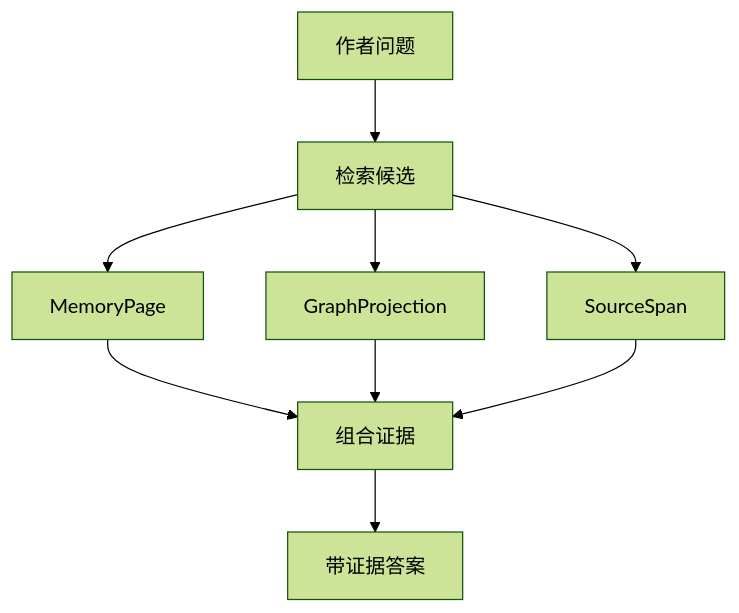
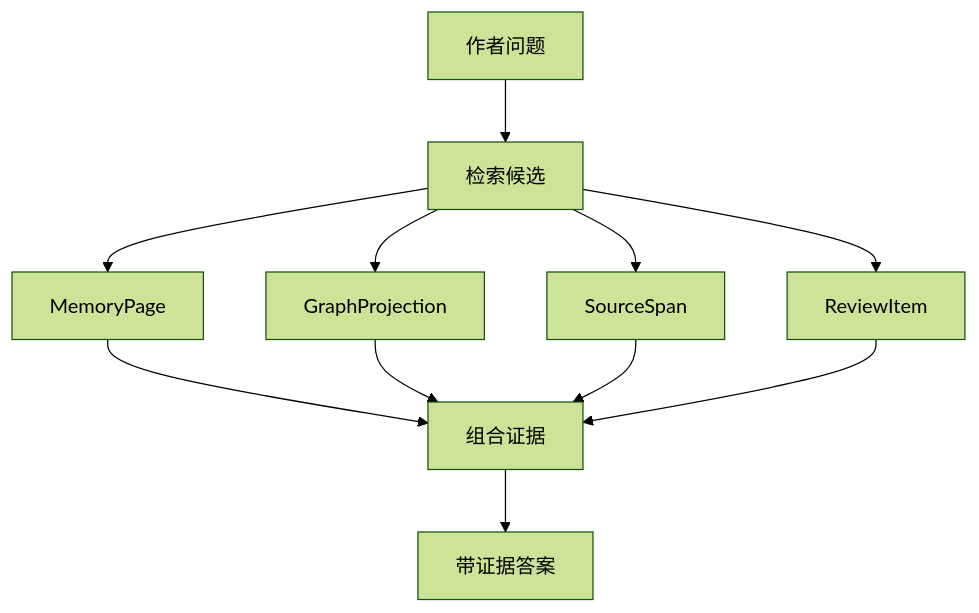
The first of 3 diagrams in goals/09-retrieval-context-pack.md (FrankQDWang/sextantlabs), drawn with Mermaid (forest theme) before and after one commit. The commit also changed other lines of this file and 16 other files, not shown here.

````diff
--- a/goals/09-retrieval-context-pack.md
+++ b/goals/09-retrieval-context-pack.md
@@ -28,11 +28,13 @@
 ```mermaid
 flowchart TD
     A[作者问题] --> B[检索候选]
     B --> C[MemoryPage]
     B --> D[GraphProjection]
     B --> E[SourceSpan]
-    C --> F[组合证据]
-    D --> F
-    E --> F
-    F --> G[带证据答案]
+    B --> F[ReviewItem]
+    C --> G[组合证据]
+    D --> G
+    E --> G
+    F --> G
+    G --> H[带证据答案]
 ```
````
